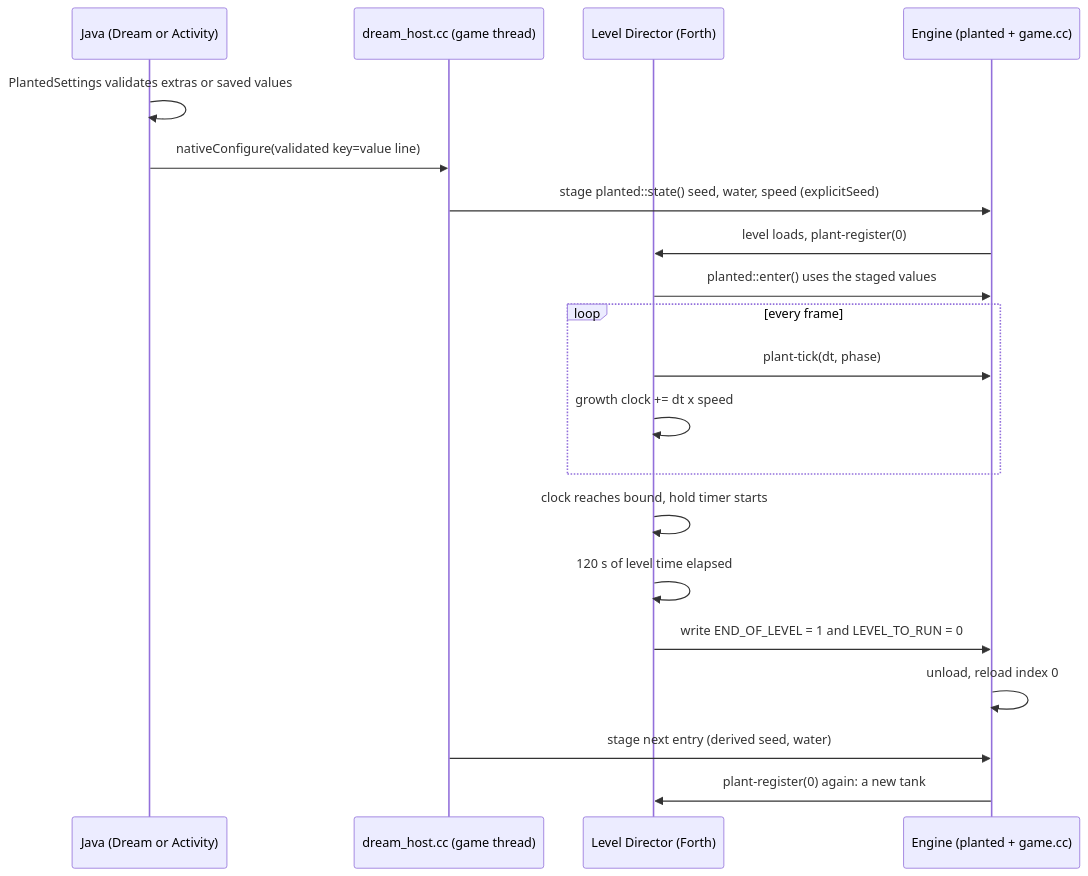
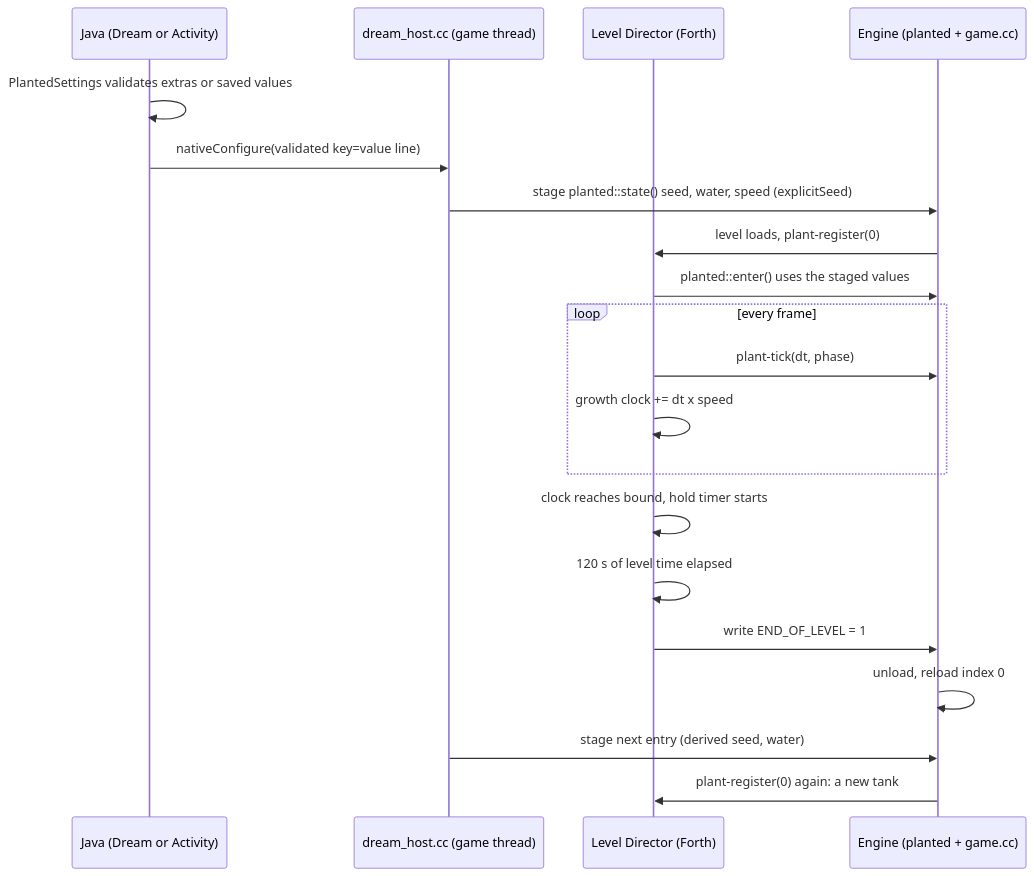
One commit to wbniv/WorldFoundry changed the second of 3 diagrams in docs/plans/2026-10-21-planted-tank-screensaver.md. Above: the diagram before and after it, drawn with Mermaid. The commit also changed other lines of this file and 3 other files, not shown here.

````diff
--- a/docs/plans/2026-10-21-planted-tank-screensaver.md
+++ b/docs/plans/2026-10-21-planted-tank-screensaver.md
@@ -50,22 +50,22 @@
 ```mermaid
 sequenceDiagram
     participant J as Java (Dream or Activity)
     participant H as dream_host.cc (game thread)
     participant L as Level Director (Forth)
     participant E as Engine (planted + game.cc)
     J->>J: PlantedSettings validates extras or saved values
     J->>H: nativeConfigure(validated key=value line)
     H->>E: stage planted::state() seed, water, speed (explicitSeed)
     E->>L: level loads, plant-register(0)
     L->>E: planted::enter() uses the staged values
     loop every frame
         L->>E: plant-tick(dt, phase)
         L->>L: growth clock += dt x speed
     end
     L->>L: clock reaches bound, hold timer starts
     L->>L: 120 s of level time elapsed
-    L->>E: write END_OF_LEVEL = 1 and LEVEL_TO_RUN = 0
+    L->>E: write END_OF_LEVEL = 1
     E->>E: unload, reload index 0
     H->>E: stage next entry (derived seed, water)
     E->>L: plant-register(0) again: a new tank
 ```
````
